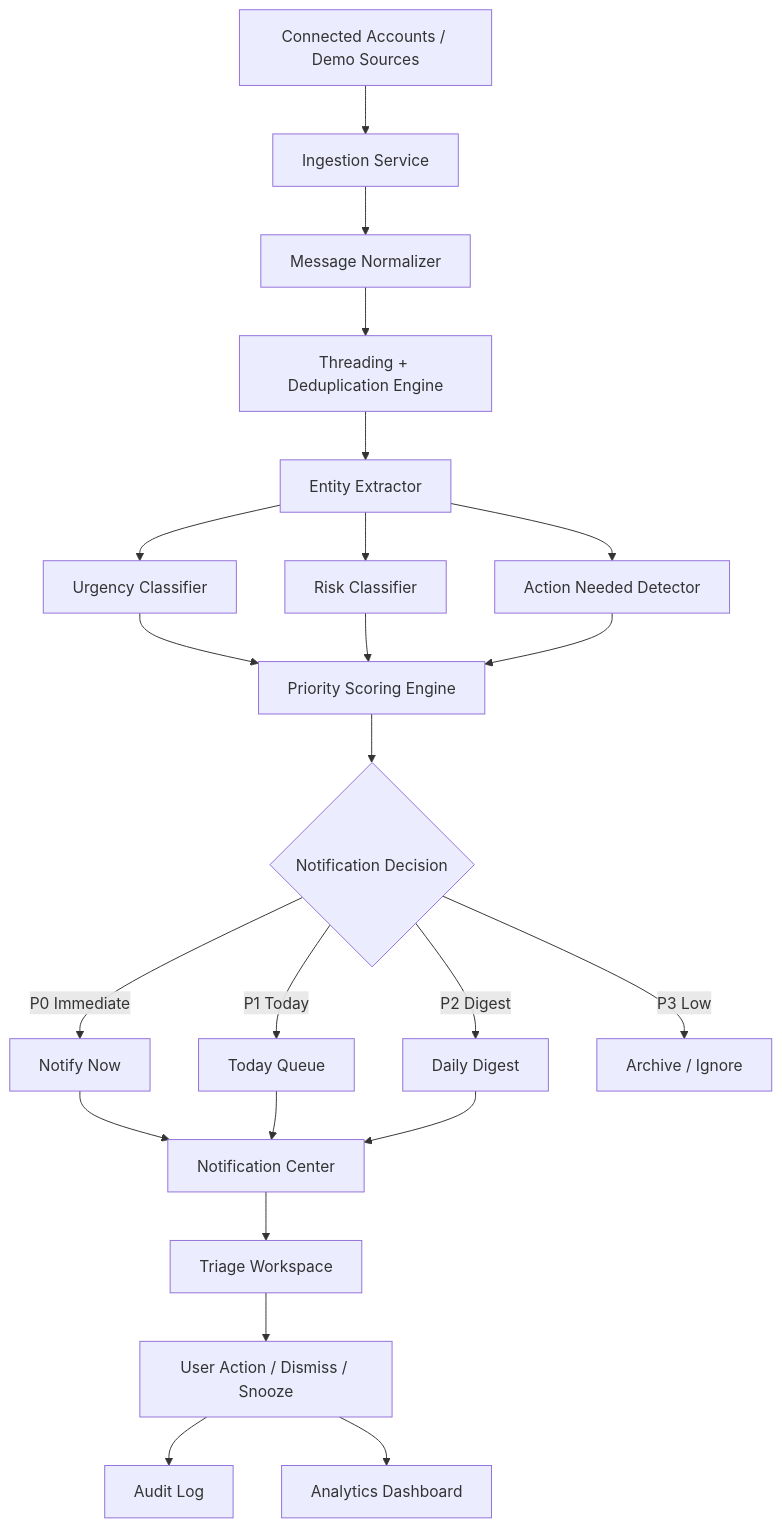
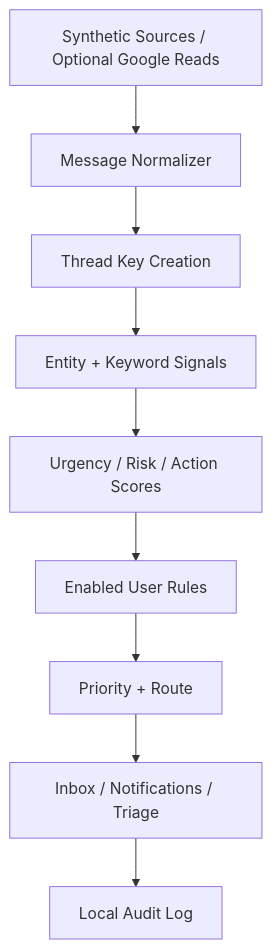
Before and after one commit to MANEESHREDDYD/OmniSignal-Risk-Radar: the diagram in README.md, drawn with Mermaid. The commit also changed other lines of this file and 52 other files, not shown here.

````diff
--- a/README.md
+++ b/README.md
@@ -49,27 +59,11 @@
 ```mermaid
 flowchart TD
-    A[Connected Accounts / Demo Sources] --> B[Ingestion Service]
-    B --> C[Message Normalizer]
-    C --> D[Threading + Deduplication Engine]
-    D --> E[Entity Extractor]
-    E --> F[Urgency Classifier]
-    E --> G[Risk Classifier]
-    E --> H[Action Needed Detector]
-    F --> I[Priority Scoring Engine]
-    G --> I
-    H --> I
-    I --> J{Notification Decision}
-
-    J -->|P0 Immediate| K[Notify Now]
-    J -->|P1 Today| L[Today Queue]
-    J -->|P2 Digest| M[Daily Digest]
-    J -->|P3 Low| N[Archive / Ignore]
-
-    K --> O[Notification Center]
-    L --> O
-    M --> O
-    O --> P[Triage Workspace]
-    P --> Q[User Action / Dismiss / Snooze]
-    Q --> R[Audit Log]
-    Q --> S[Analytics Dashboard]
+    A[Synthetic Sources / Optional Google Reads] --> B[Message Normalizer]
+    B --> C[Thread Key Creation]
+    C --> D[Entity + Keyword Signals]
+    D --> E[Urgency / Risk / Action Scores]
+    E --> F[Enabled User Rules]
+    F --> G[Priority + Route]
+    G --> H[Inbox / Notifications / Triage]
+    H --> I[Local Audit Log]
 ```
````
